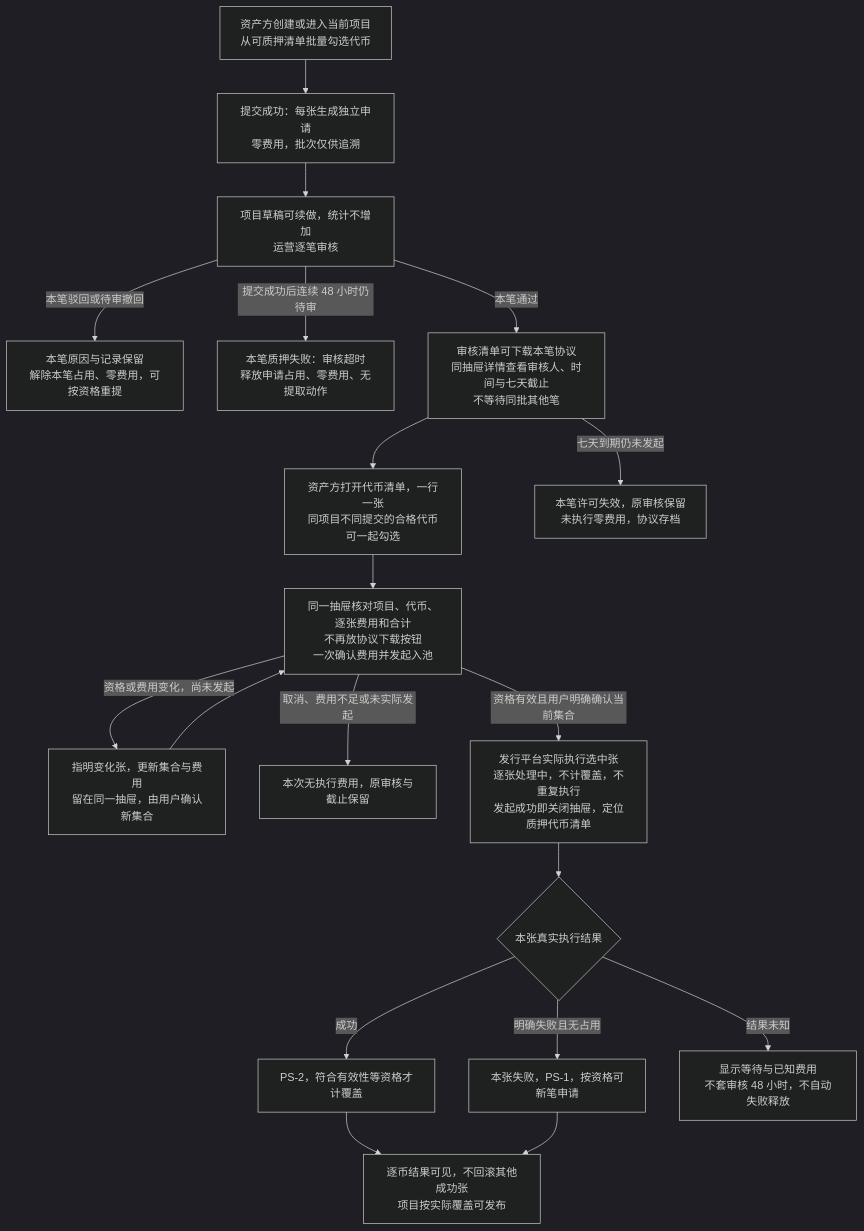
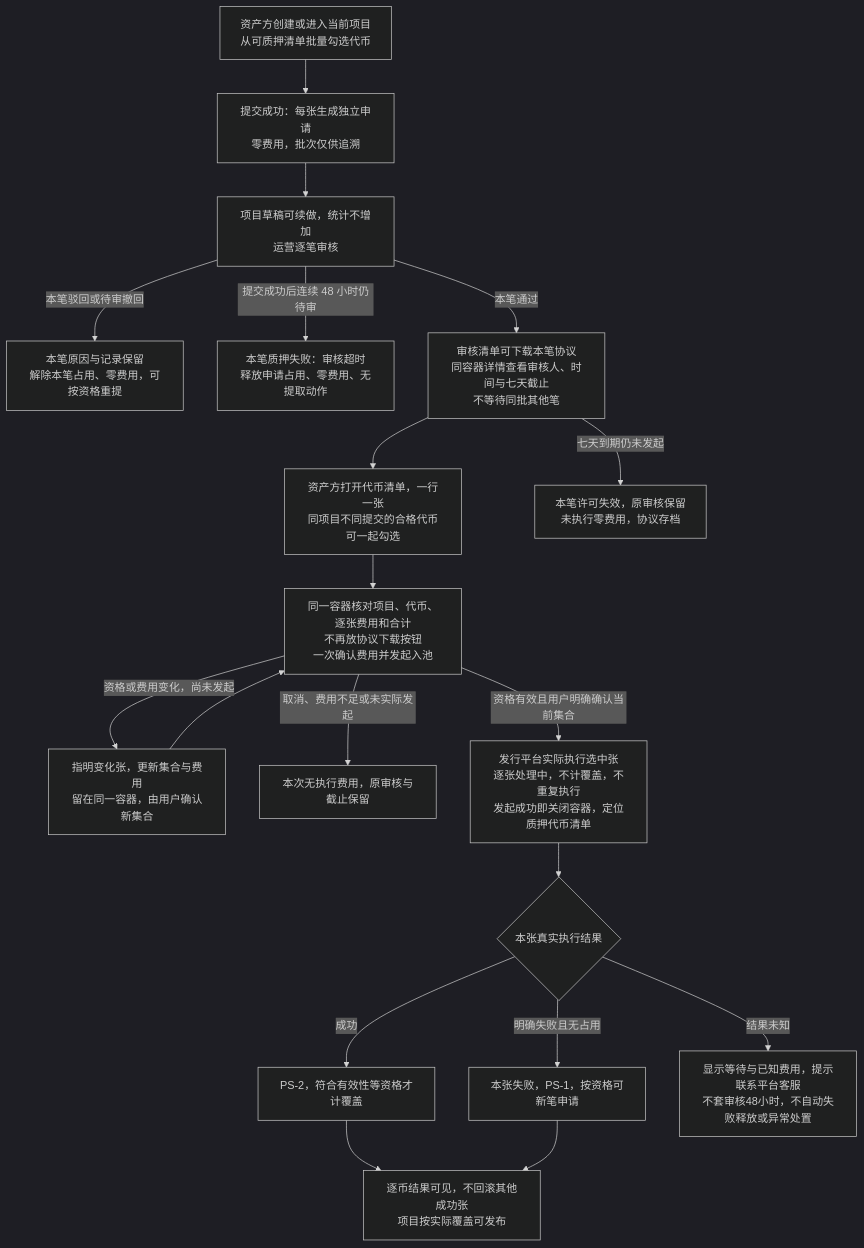
The first of 10 diagrams in lending-platform/PRD/v1.0-借贷广场-融资需求与代币质押/v1.0-借贷广场-融资需求与代币质押-流程图与状态机.md (wxblockchain/Chain-Financing), drawn with Mermaid (dark theme) before and after one commit. The commit also changed other lines of this file and 4 other files, not shown here.

````diff
--- a/lending-platform/PRD/v1.0-借贷广场-融资需求与代币质押/v1.0-借贷广场-融资需求与代币质押-流程图与状态机.md
+++ b/lending-platform/PRD/v1.0-借贷广场-融资需求与代币质押/v1.0-借贷广场-融资需求与代币质押-流程图与状态机.md
@@ -30,21 +30,21 @@
 ```mermaid
 flowchart TD
   A["资产方创建或进入当前项目<br/>从可质押清单批量勾选代币"] --> B["提交成功：每张生成独立申请<br/>零费用，批次仅供追溯"]
   B --> C["项目草稿可续做，统计不增加<br/>运营逐笔审核"]
   C -- "本笔驳回或待审撤回" --> D["本笔原因与记录保留<br/>解除本笔占用、零费用，可按资格重提"]
   C -- "提交成功后连续 48 小时仍待审" --> E["本笔质押失败：审核超时<br/>释放申请占用、零费用、无提取动作"]
-  C -- "本笔通过" --> F["审核清单可下载本笔协议<br/>同抽屉详情查看审核人、时间与七天截止<br/>不等待同批其他笔"]
+  C -- "本笔通过" --> F["审核清单可下载本笔协议<br/>同容器详情查看审核人、时间与七天截止<br/>不等待同批其他笔"]
   F --> G["资产方打开代币清单，一行一张<br/>同项目不同提交的合格代币可一起勾选"]
-  G --> H["同一抽屉核对项目、代币、逐张费用和合计<br/>不再放协议下载按钮<br/>一次确认费用并发起入池"]
-  H -- "资格或费用变化，尚未发起" --> I["指明变化张，更新集合与费用<br/>留在同一抽屉，由用户确认新集合"]
+  G --> H["同一容器核对项目、代币、逐张费用和合计<br/>不再放协议下载按钮<br/>一次确认费用并发起入池"]
+  H -- "资格或费用变化，尚未发起" --> I["指明变化张，更新集合与费用<br/>留在同一容器，由用户确认新集合"]
   I --> H
   H -- "取消、费用不足或未实际发起" --> J["本次无执行费用，原审核与截止保留"]
-  H -- "资格有效且用户明确确认当前集合" --> K["发行平台实际执行选中张<br/>逐张处理中，不计覆盖，不重复执行<br/>发起成功即关闭抽屉，定位质押代币清单"]
+  H -- "资格有效且用户明确确认当前集合" --> K["发行平台实际执行选中张<br/>逐张处理中，不计覆盖，不重复执行<br/>发起成功即关闭容器，定位质押代币清单"]
   K --> L{"本张真实执行结果"}
   L -- "成功" --> M["PS-2，符合有效性等资格才计覆盖"]
   L -- "明确失败且无占用" --> N["本张失败，PS-1，按资格可新笔申请"]
-  L -- "结果未知" --> O["显示等待与已知费用<br/>不套审核 48 小时，不自动失败释放"]
+  L -- "结果未知" --> O["显示等待与已知费用，提示联系平台客服<br/>不套审核48小时，不自动失败释放或异常处置"]
   F -- "七天到期仍未发起" --> P["本笔许可失效，原审核保留<br/>未执行零费用，协议存档"]
   M --> Q["逐币结果可见，不回滚其他成功张<br/>项目按实际覆盖可发布"]
   N --> Q
 ```
````
